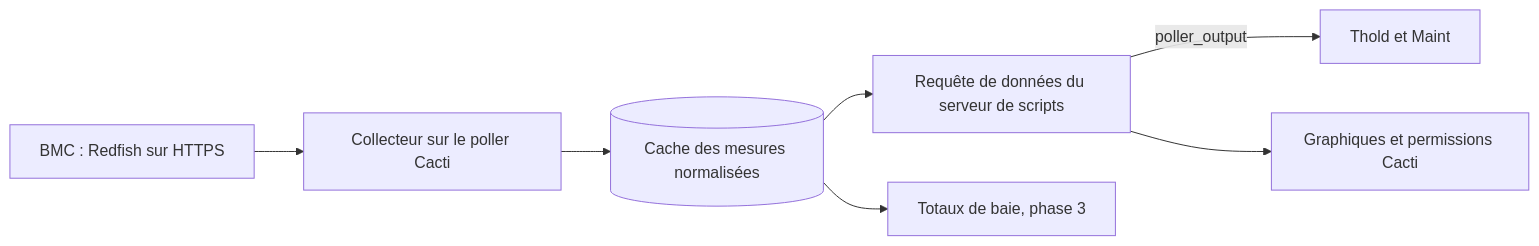
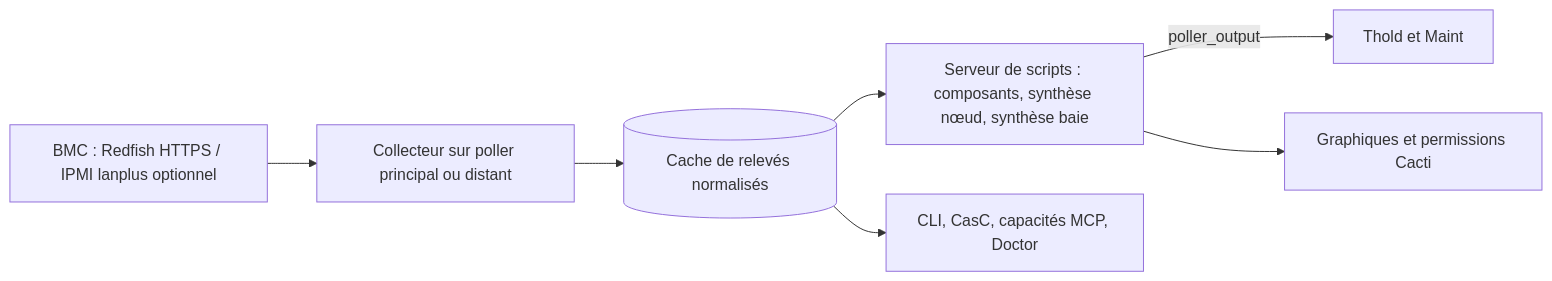
The diagram in docs/i18n/fr-FR/README.md (somethingwithproof/plugin_redfish), drawn with Mermaid before and after one commit. The commit also changed other lines of this file and 47 other files, not shown here.

````diff
--- a/docs/i18n/fr-FR/README.md
+++ b/docs/i18n/fr-FR/README.md
@@ -100,9 +140,9 @@
 ```mermaid
 flowchart LR
-    BMC[BMC : Redfish sur HTTPS] --> C[Collecteur sur le poller Cacti]
-    C --> CACHE[(Cache des mesures normalisées)]
-    CACHE --> SS[Requête de données du serveur de scripts]
-    SS -->|poller_output| T[Thold et Maint]
-    SS --> G[Graphiques et permissions Cacti]
-    CACHE --> R[Totaux de baie, phase 3]
+    BMC["BMC : Redfish HTTPS / IPMI lanplus optionnel"] --> C["Collecteur sur poller principal ou distant"]
+    C --> CACHE[("Cache de relevés normalisés")]
+    CACHE --> SS["Serveur de scripts : composants, synthèse nœud, synthèse baie"]
+    SS -->|poller_output| T["Thold et Maint"]
+    SS --> G["Graphiques et permissions Cacti"]
+    CACHE --> ECO["CLI, CasC, capacités MCP, Doctor"]
 ```
````
